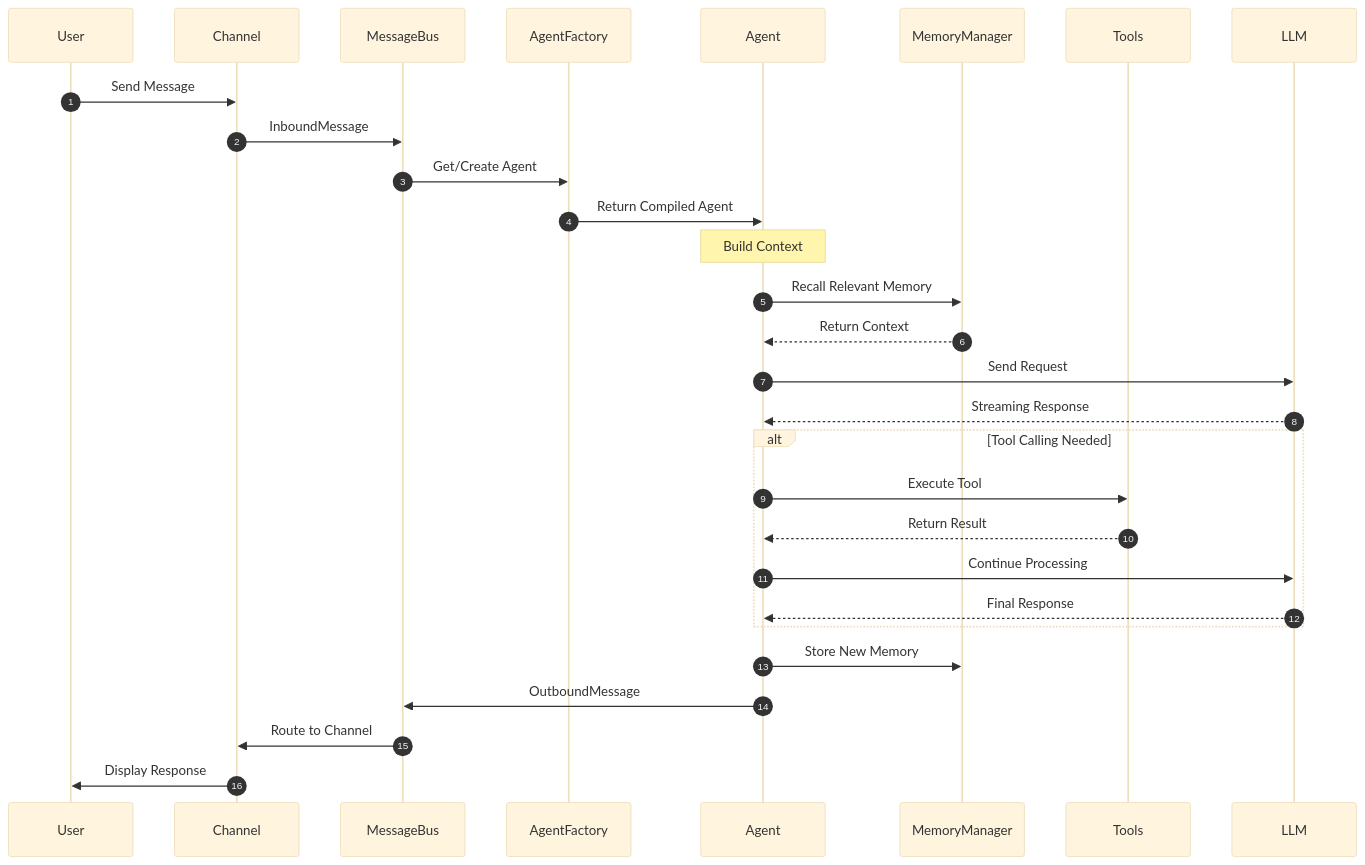
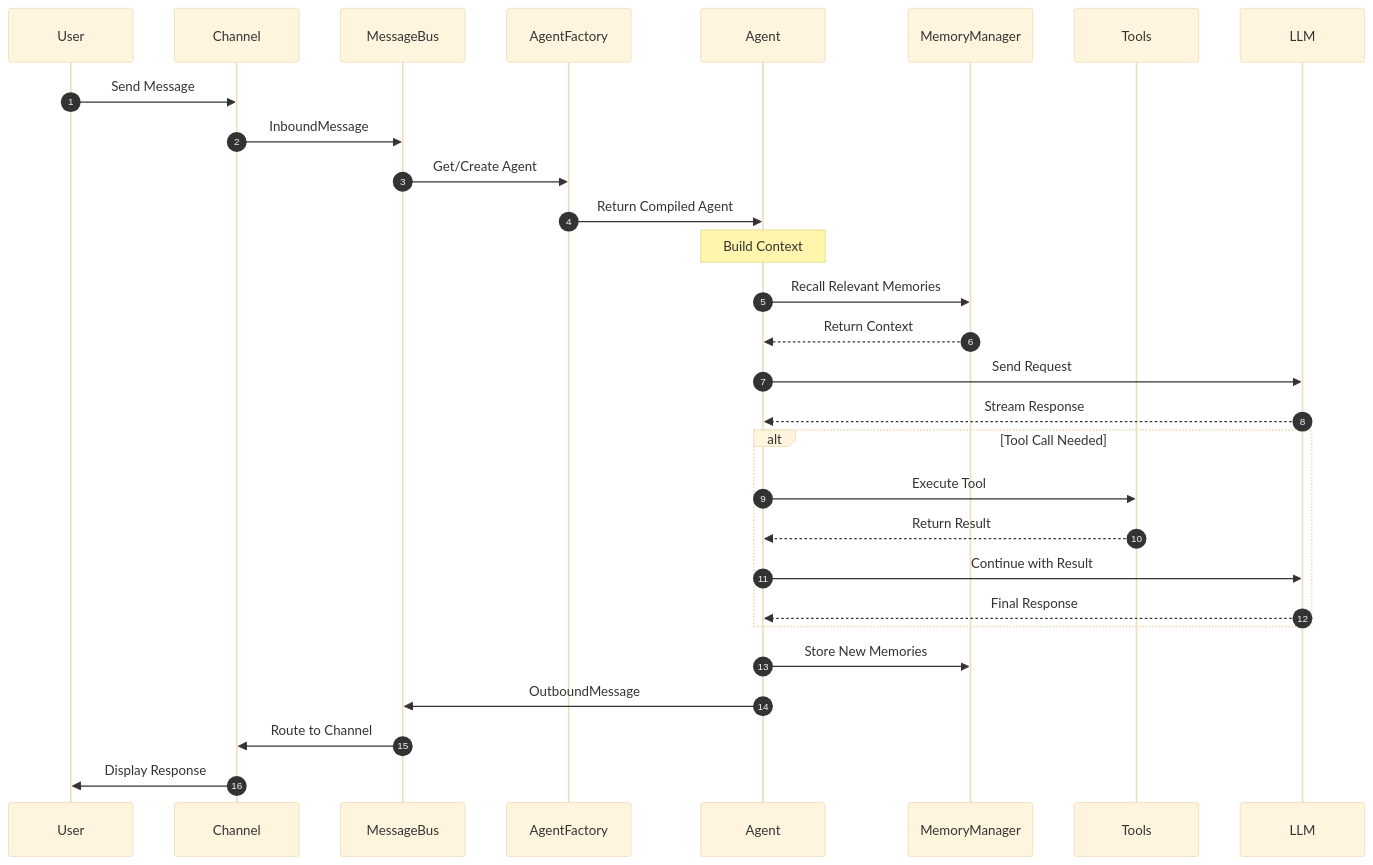
One commit to zhangjingyuan177-hue/FinchBot changed the third of 15 diagrams in docs/en-US/blog/finchbot-flexible-ai-agent-framework.md. Above: the diagram before and after it, drawn with Mermaid (base theme). The commit also changed other lines of this file and 4 other files, not shown here.

````diff
--- a/docs/en-US/blog/finchbot-flexible-ai-agent-framework.md
+++ b/docs/en-US/blog/finchbot-flexible-ai-agent-framework.md
@@ -210,36 +142,36 @@
 ```mermaid
 sequenceDiagram
     autonumber
     participant U as User
     participant C as Channel
     participant B as MessageBus
     participant F as AgentFactory
     participant A as Agent
     participant M as MemoryManager
     participant T as Tools
     participant L as LLM
 
     U->>C: Send Message
     C->>B: InboundMessage
     B->>F: Get/Create Agent
     F->>A: Return Compiled Agent
-
+  
     Note over A: Build Context
-    A->>M: Recall Relevant Memory
+    A->>M: Recall Relevant Memories
     M-->>A: Return Context
-
+  
     A->>L: Send Request
-    L-->>A: Streaming Response
-
-    alt Tool Calling Needed
+    L-->>A: Stream Response
+  
+    alt Tool Call Needed
         A->>T: Execute Tool
         T-->>A: Return Result
-        A->>L: Continue Processing
+        A->>L: Continue with Result
         L-->>A: Final Response
     end
-
-    A->>M: Store New Memory
+  
+    A->>M: Store New Memories
     A->>B: OutboundMessage
     B->>C: Route to Channel
     C->>U: Display Response
 ```
````
